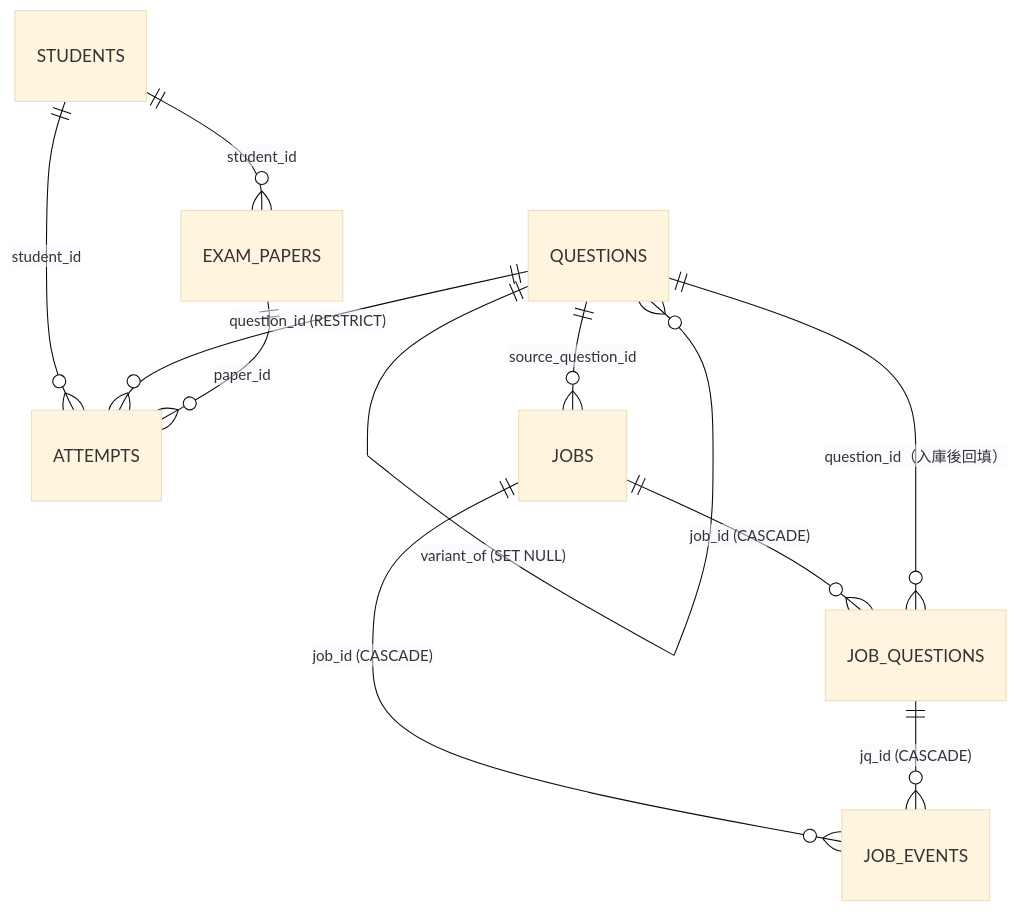
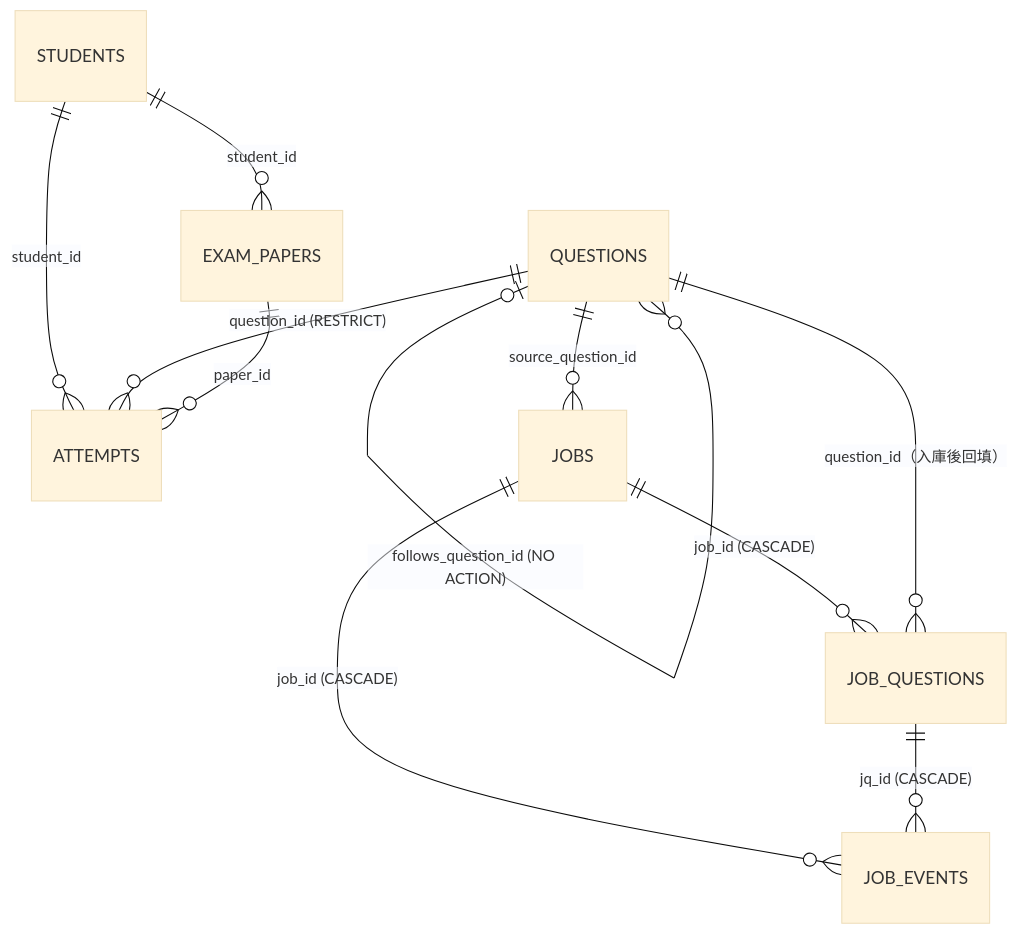
The diagram in engineering_docs/04_design/db_design.md (Tom-Yang-Ben/tutor-exam-bank), drawn with Mermaid (base theme) before and after one commit. The commit also changed other lines of this file and 7 other files, not shown here.

````diff
--- a/engineering_docs/04_design/db_design.md
+++ b/engineering_docs/04_design/db_design.md
@@ -25,13 +26,14 @@
 ```mermaid
 erDiagram
     STUDENTS ||--o{ EXAM_PAPERS : "student_id"
     STUDENTS ||--o{ ATTEMPTS : "student_id"
     QUESTIONS ||--o{ ATTEMPTS : "question_id (RESTRICT)"
     EXAM_PAPERS ||--o{ ATTEMPTS : "paper_id"
     QUESTIONS ||--o{ QUESTIONS : "variant_of (SET NULL)"
+    QUESTIONS |o--o{ QUESTIONS : "follows_question_id (NO ACTION)"
     QUESTIONS ||--o{ JOBS : "source_question_id"
     JOBS ||--o{ JOB_QUESTIONS : "job_id (CASCADE)"
     JOBS ||--o{ JOB_EVENTS : "job_id (CASCADE)"
     JOB_QUESTIONS ||--o{ JOB_EVENTS : "jq_id (CASCADE)"
     JOB_QUESTIONS }o--|| QUESTIONS : "question_id（入庫後回填）"
 ```
````
